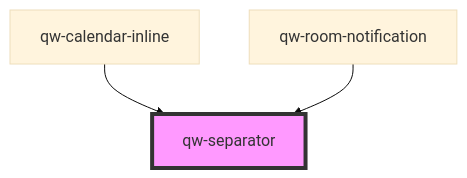
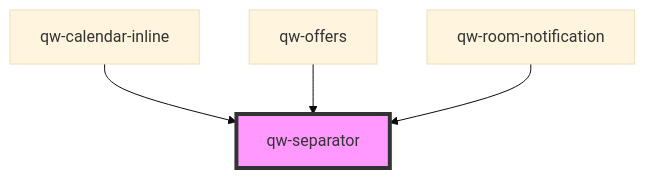
One commit to qwentes-team/qw-hotels changed the diagram in src/components/shared/qw-separator/readme.md. Above: the diagram before and after it, drawn with Mermaid (base theme). The commit also changed other lines of this file and 4 other files, not shown here.

````diff
--- a/src/components/shared/qw-separator/readme.md
+++ b/src/components/shared/qw-separator/readme.md
@@ -16,6 +17,7 @@
 ```mermaid
 graph TD;
   qw-calendar-inline --> qw-separator
+  qw-offers --> qw-separator
   qw-room-notification --> qw-separator
   style qw-separator fill:#f9f,stroke:#333,stroke-width:4px
 ```
````
